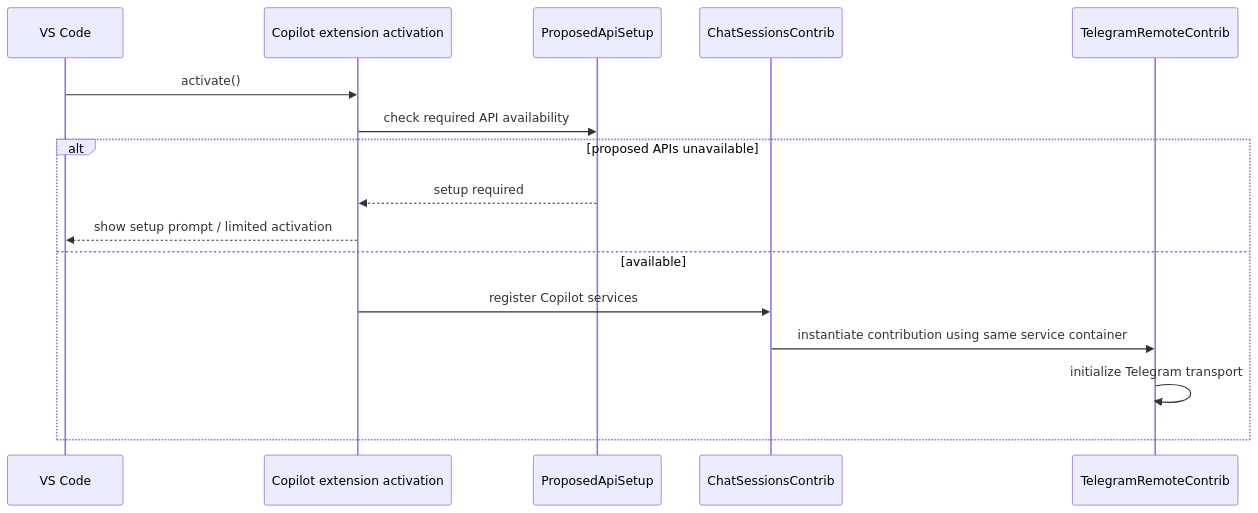
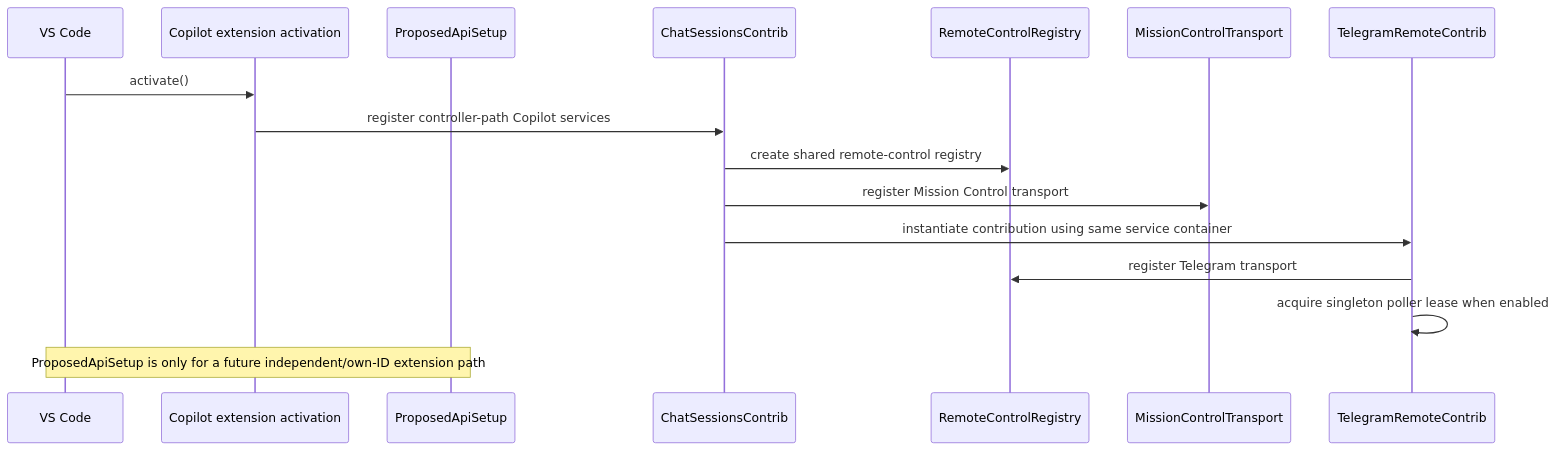
One commit to SachiHarshitha/vscode-telegram changed the first of 14 diagrams in extensions/copilot/docs/telegram-remote/CALL_FLOWS.md. Above: the diagram before and after it, drawn with Mermaid. The commit also changed other lines of this file and 11 other files, not shown here.

````diff
--- a/extensions/copilot/docs/telegram-remote/CALL_FLOWS.md
+++ b/extensions/copilot/docs/telegram-remote/CALL_FLOWS.md
@@ -7,19 +7,20 @@
 ```mermaid
 sequenceDiagram
     participant VS as VS Code
     participant EXT as Copilot extension activation
     participant PRE as ProposedApiSetup
     participant CSC as ChatSessionsContrib
+    participant REG as RemoteControlRegistry
+    participant MC as MissionControlTransport
     participant TR as TelegramRemoteContrib
 
     VS->>EXT: activate()
-    EXT->>PRE: check required API availability
-    alt proposed APIs unavailable
-        PRE-->>EXT: setup required
-        EXT-->>VS: show setup prompt / limited activation
-    else available
-        EXT->>CSC: register Copilot services
-        CSC->>TR: instantiate contribution using same service container
-        TR->>TR: initialize Telegram transport
-    end
+    EXT->>CSC: register controller-path Copilot services
+    CSC->>REG: create shared remote-control registry
+    CSC->>MC: register Mission Control transport
+    CSC->>TR: instantiate contribution using same service container
+    TR->>REG: register Telegram transport
+    TR->>TR: acquire singleton poller lease when enabled
+
+    Note over PRE,VS: ProposedApiSetup is only for a future independent/own-ID extension path
 ```
````
